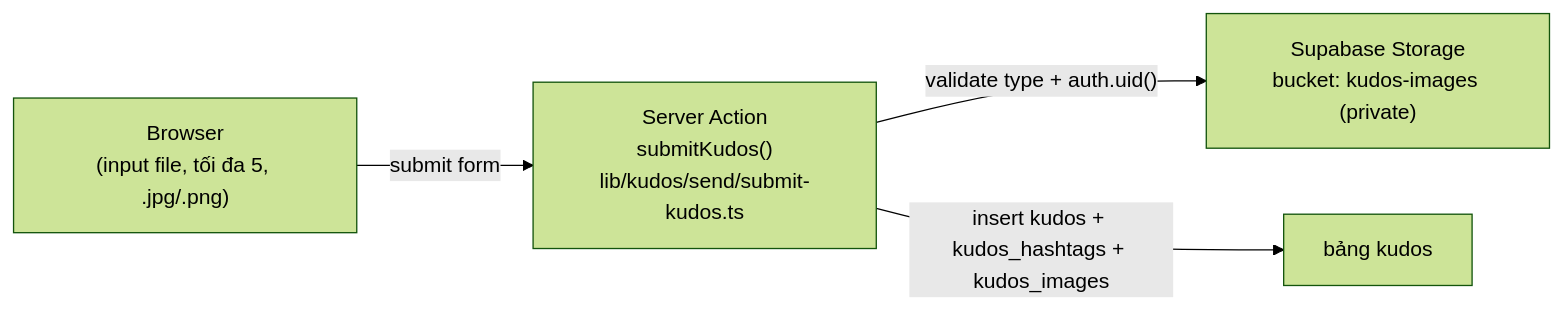
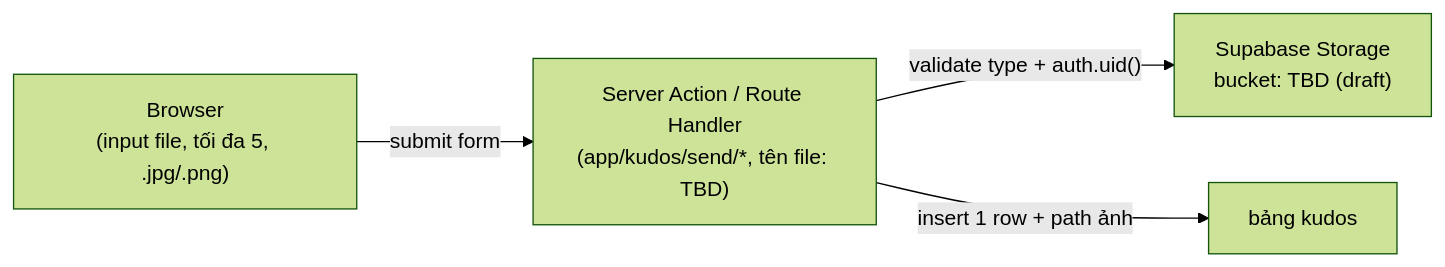
Before and after one commit to haitt-2557/agentic-coding-hands-on: the seventh of 7 diagrams in docs/vi/system/architecture.md, drawn with Mermaid (forest theme). The commit also changed other lines of this file and 71 other files, not shown here.

````diff
--- a/docs/vi/system/architecture.md
+++ b/docs/vi/system/architecture.md
@@ -505,6 +497,6 @@
 ```mermaid
 graph LR
-    Browser["Browser<br/>(input file, tối đa 5, .jpg/.png)"] -->|"submit form"| ServerAction["Server Action<br/>submitKudos()<br/>lib/kudos/send/submit-kudos.ts"]
-    ServerAction -->|"validate type + auth.uid()"| Storage["Supabase Storage<br/>bucket: kudos-images (private)"]
-    ServerAction -->|"insert kudos + kudos_hashtags + kudos_images"| KudosTable["bảng kudos"]
+    Browser["Browser<br/>(input file, tối đa 5, .jpg/.png)"] -->|"submit form"| ServerSide["Server Action / Route Handler<br/>(app/kudos/send/*, tên file: TBD)"]
+    ServerSide -->|"validate type + auth.uid()"| Storage["Supabase Storage<br/>bucket: TBD (draft)"]
+    ServerSide -->|"insert 1 row + path ảnh"| KudosTable["bảng kudos"]
 ```
````
